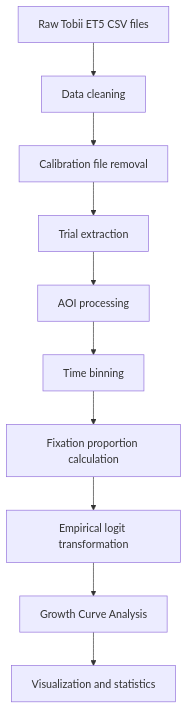
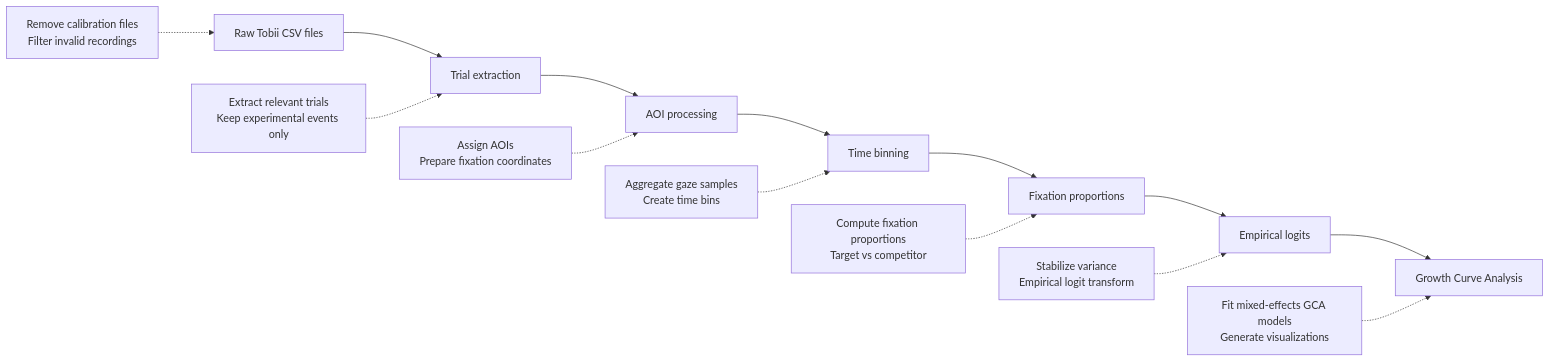
One commit to sara-barac/VWP-data-analysis changed the diagram in README.md. Above: the diagram before and after it, drawn with Mermaid.

Commit message:
readme edit 2

````diff
--- a/README.md
+++ b/README.md
@@ -13,13 +13,37 @@
 ```mermaid
-flowchart TD
+flowchart LR
 
-A[Raw Tobii ET5 CSV files] --> B[Data cleaning]
-B --> C[Calibration file removal]
-C --> D[Trial extraction]
-D --> E[AOI processing]
-E --> F[Time binning]
-F --> G[Fixation proportion calculation]
-G --> H[Empirical logit transformation]
-H --> I[Growth Curve Analysis]
-I --> J[Visualization and statistics]
+%% ===== COMMENTS =====
+
+A_note["Remove calibration files<br/>Filter invalid recordings"]
+B_note["Extract relevant trials<br/>Keep experimental events only"]
+C_note["Assign AOIs<br/>Prepare fixation coordinates"]
+D_note["Aggregate gaze samples<br/>Create time bins"]
+E_note["Compute fixation proportions<br/>Target vs competitor"]
+F_note["Stabilize variance<br/>Empirical logit transform"]
+G_note["Fit mixed-effects GCA models<br/>Generate visualizations"]
+
+%% ===== MAIN NODES =====
+
+A[Raw Tobii CSV files]
+B[Trial extraction]
+C[AOI processing]
+D[Time binning]
+E[Fixation proportions]
+F[Empirical logits]
+G[Growth Curve Analysis]
+
+%% ===== FLOW =====
+
+A --> B --> C --> D --> E --> F --> G
+
+%% ===== COMMENT LINKS =====
+
+A_note -.-> A
+B_note -.-> B
+C_note -.-> C
+D_note -.-> D
+E_note -.-> E
+F_note -.-> F
+G_note -.-> G
 ```
````
